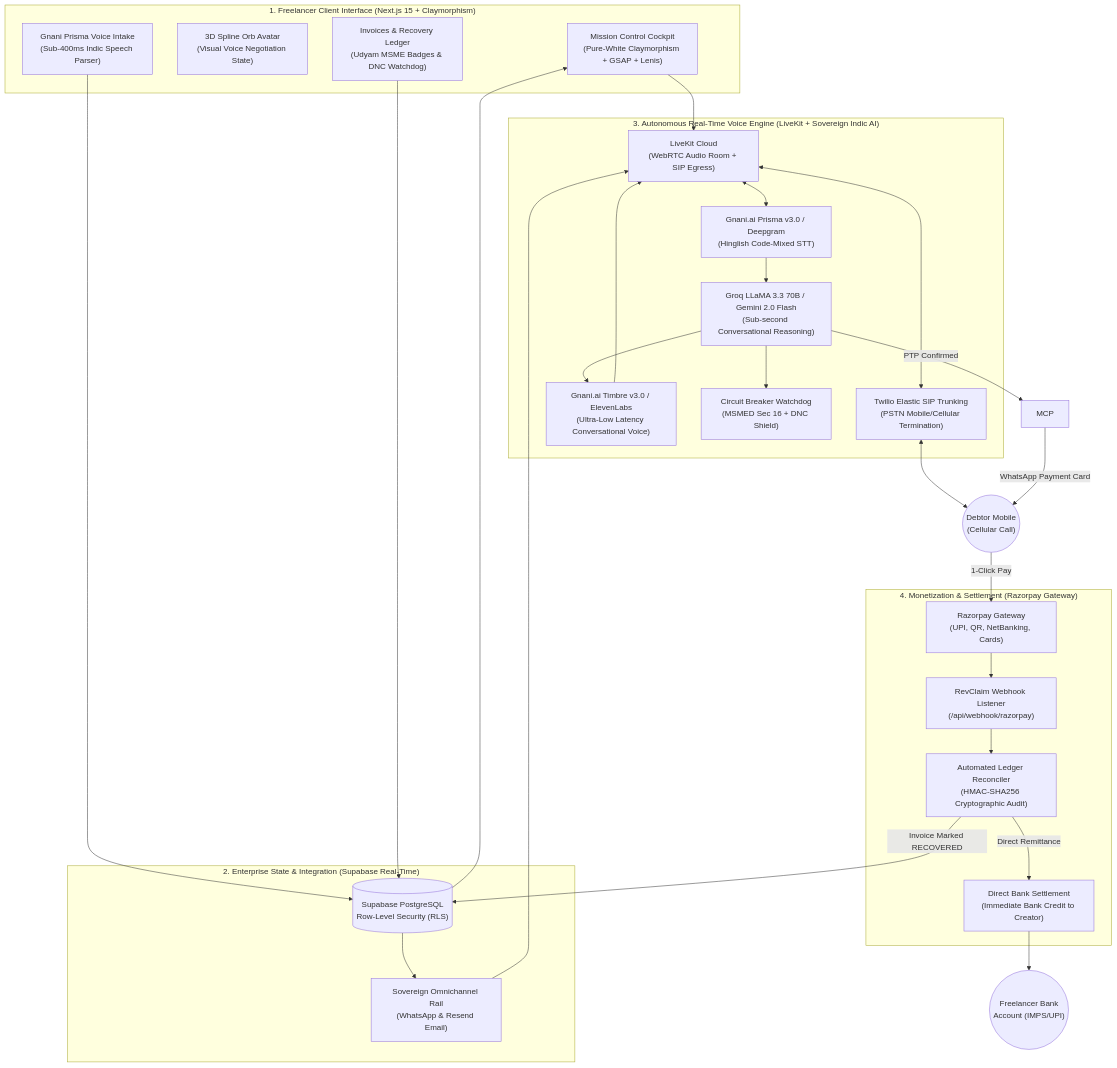
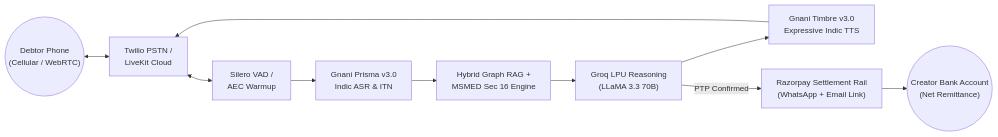
One commit to Niss54/Gnani-AI-2026 changed the first of 4 diagrams in README.md. Above: the diagram before and after it, drawn with Mermaid. The commit also changed other lines of this file and 15 other files, not shown here.

Commit message:
docs(readme): restructure to winning hackathon standard with Gnani.ai benchmark telemetry and architecture showcase

````diff
--- a/README.md
+++ b/README.md
@@ -213,52 +98,12 @@
 ```mermaid
-flowchart TD
-    subgraph ClientLayer["1. Freelancer Client Interface (Next.js 15 + Claymorphism)"]
-        UI["Mission Control Cockpit<br/>(Pure-White Claymorphism + GSAP + Lenis)"]
-        Spline["3D Spline Orb Avatar<br/>(Visual Voice Negotiation State)"]
-        GnaniVoice["Gnani Prisma Voice Intake<br/>(Sub-400ms Indic Speech Parser)"]
-        Table["Invoices & Recovery Ledger<br/>(Udyam MSME Badges & DNC Watchdog)"]
-    end
-
-    subgraph StateLayer["2. Enterprise State & Integration (Supabase Real-Time)"]
-        DB[("Supabase PostgreSQL<br/>Row-Level Security (RLS)")]
-        Omni["Sovereign Omnichannel Rail<br/>(WhatsApp & Resend Email)"]
-    end
-
-    subgraph VoiceEngine["3. Autonomous Real-Time Voice Engine (LiveKit + Sovereign Indic AI)"]
-        LK["LiveKit Cloud<br/>(WebRTC Audio Room + SIP Egress)"]
-        Twilio["Twilio Elastic SIP Trunking<br/>(PSTN Mobile/Cellular Termination)"]
-        STT["Gnani.ai Prisma v3.0 / Deepgram<br/>(Hinglish Code-Mixed STT)"]
-        LLM["Groq LLaMA 3.3 70B / Gemini 2.0 Flash<br/>(Sub-second Conversational Reasoning)"]
-        TTS["Gnani.ai Timbre v3.0 / ElevenLabs<br/>(Ultra-Low Latency Conversational Voice)"]
-        Guard["Circuit Breaker Watchdog<br/>(MSMED Sec 16 + DNC Shield)"]
-    end
-
-    subgraph PaymentRail["4. Monetization & Settlement (Razorpay Gateway)"]
-        Razorpay["Razorpay Gateway<br/>(UPI, QR, NetBanking, Cards)"]
-        Webhook["RevClaim Webhook Listener<br/>(/api/webhook/razorpay)"]
-        Reconcile["Automated Ledger Reconciler<br/>(HMAC-SHA256 Cryptographic Audit)"]
-        Payout["Direct Bank Settlement<br/>(Immediate Bank Credit to Creator)"]
-    end
-
-    GnaniVoice --> DB
-    Table --> DB
-    DB --> UI
-    UI --> LK
-    DB --> Omni
-    Omni --> LK
-    LK <--> Twilio
-    LK <--> STT
-    STT --> LLM
-    LLM --> Guard
-    LLM --> TTS
-    TTS --> LK
-    Twilio <--> DebtorPhone(("Debtor Mobile<br/>(Cellular Call)"))
-    LLM -->|"PTP Confirmed"| MCP
-    MCP -->|"WhatsApp Payment Card"| DebtorPhone
-    DebtorPhone -->|"1-Click Pay"| Razorpay
-    Razorpay --> Webhook
-    Webhook --> Reconcile
-    Reconcile -->|"Invoice Marked RECOVERED"| DB
-    Reconcile -->|"Direct Remittance"| Payout
-    Payout --> FreelancerBank(("Freelancer Bank<br/>Account (IMPS/UPI)"))
+flowchart LR
+    Caller(("Debtor Phone<br/>(Cellular / WebRTC)")) <--> Carrier["Twilio PSTN /<br/>LiveKit Cloud"]
+    Carrier <--> VAD["Silero VAD /<br/>AEC Warmup"]
+    VAD --> STT["Gnani Prisma v3.0<br/>Indic ASR & ITN"]
+    STT --> RAG["Hybrid Graph RAG +<br/>MSMED Sec 16 Engine"]
+    RAG --> LLM["Groq LPU Reasoning<br/>(LLaMA 3.3 70B)"]
+    LLM --> TTS["Gnani Timbre v3.0<br/>Expressive Indic TTS"]
+    TTS --> Carrier
+    LLM -->|"PTP Confirmed"| Rail["Razorpay Settlement Rail<br/>(WhatsApp + Email Link)"]
+    Rail --> Freelancer(("Creator Bank Account<br/>(Net Remittance)"))
 ```
````
